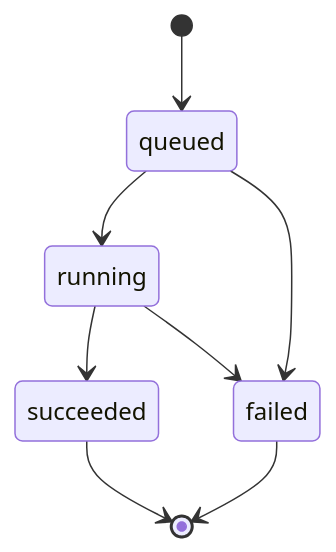
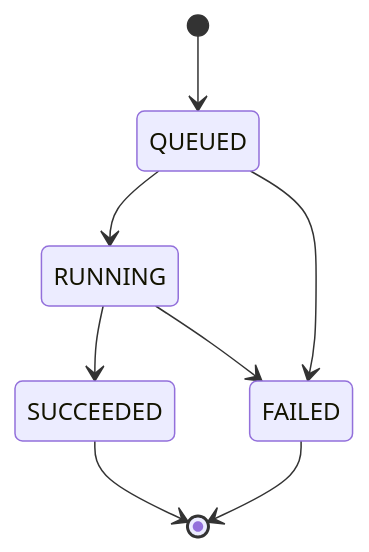
Before and after one commit to Logssey/security-solution-docs: the third of 4 diagrams in reachability-analysis/03-architecture/api-contract.md, drawn with Mermaid. The commit also changed other lines of this file and 3 other files, not shown here.

````diff
--- a/reachability-analysis/03-architecture/api-contract.md
+++ b/reachability-analysis/03-architecture/api-contract.md
@@ -581,10 +586,10 @@
 ```mermaid
 stateDiagram-v2
-  [*] --> queued
-  queued --> running
-  queued --> failed
-  running --> succeeded
-  running --> failed
-  succeeded --> [*]
-  failed --> [*]
+  [*] --> QUEUED
+  QUEUED --> RUNNING
+  QUEUED --> FAILED
+  RUNNING --> SUCCEEDED
+  RUNNING --> FAILED
+  SUCCEEDED --> [*]
+  FAILED --> [*]
 ```
````
